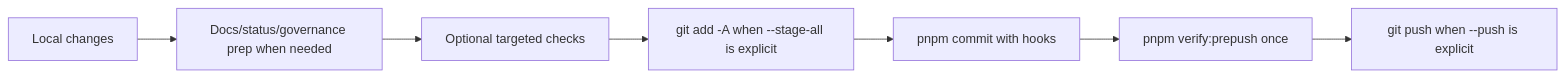
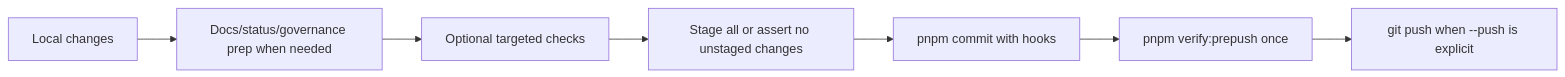
Before and after one commit to dunay2/dvt: the second of 2 diagrams in docs/runbooks/governed-changed-slice-closeout-20260506.md, drawn with Mermaid. The commit also changed other lines of this file and 4 other files, not shown here.

````diff
--- a/docs/runbooks/governed-changed-slice-closeout-20260506.md
+++ b/docs/runbooks/governed-changed-slice-closeout-20260506.md
@@ -60,9 +60,9 @@
 ```mermaid
 flowchart LR
     Work[Local changes] --> Prep[Docs/status/governance prep when needed]
     Prep --> Targeted[Optional targeted checks]
-    Targeted --> Stage[git add -A when --stage-all is explicit]
+    Targeted --> Stage[Stage all or assert no unstaged changes]
     Stage --> Commit[pnpm commit with hooks]
     Commit --> FullGate[pnpm verify:prepush once]
     FullGate --> Push[git push when --push is explicit]
 ```
````
